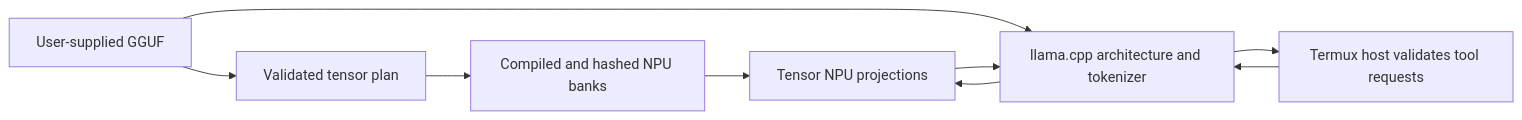
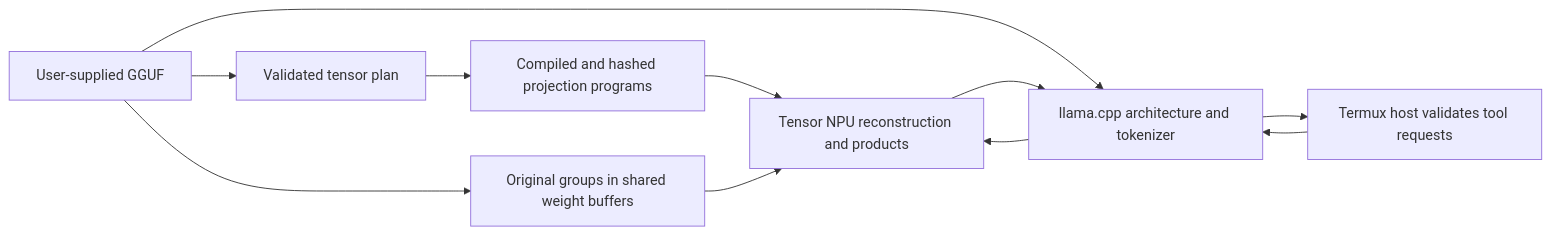
One commit to lostadi/pixelforge-public changed the diagram in README.md. Above: the diagram before and after it, drawn with Mermaid. The commit also changed other lines of this file and 66 other files, not shown here.

Commit message:
Run original GGUF groups across all main NPU projections

````diff
--- a/README.md
+++ b/README.md
@@ -14,11 +16,13 @@
 ```mermaid
 flowchart LR
     G[User-supplied GGUF] --> P[Validated tensor plan]
-    P --> A[Compiled and hashed NPU banks]
-    A --> N[Tensor NPU projections]
+    P --> A[Compiled and hashed projection programs]
+    G --> W[Original groups in shared weight buffers]
+    A --> N[Tensor NPU reconstruction and products]
+    W --> N
     G --> C[llama.cpp architecture and tokenizer]
     C --> N
     N --> C
     C --> H[Termux host validates tool requests]
     H --> C
 ```
````
